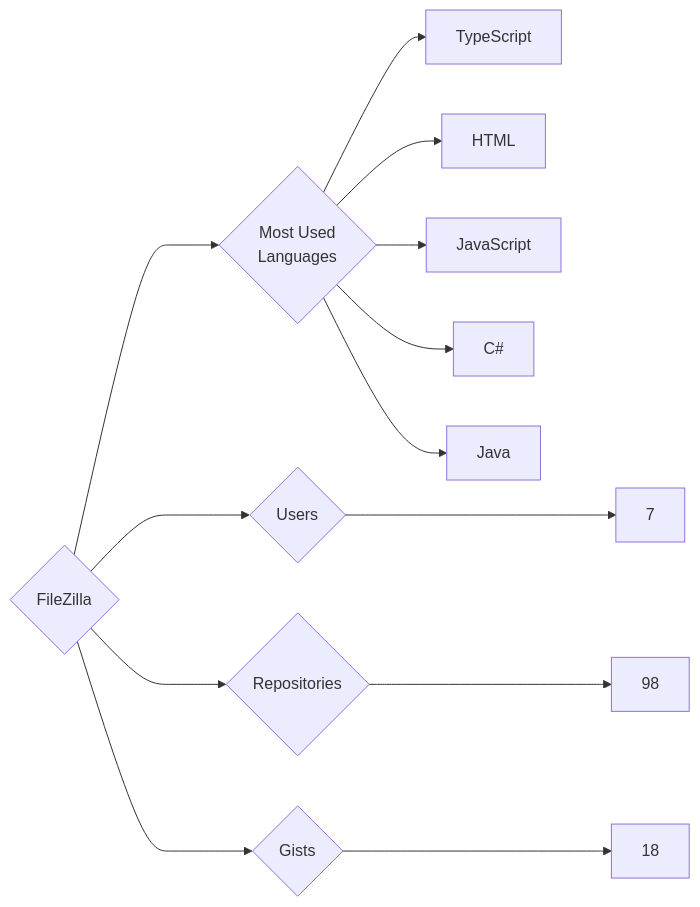
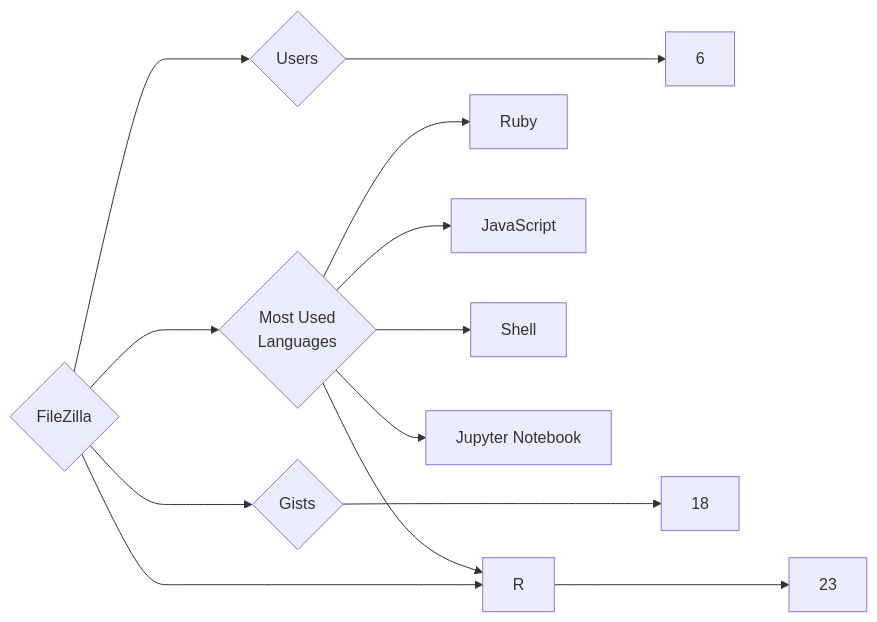
Before and after one commit to trickest/insiders: the diagram in targets/FileZilla/README.md, drawn with Mermaid. The commit also changed 997 other files, not shown here.

````diff
--- a/targets/FileZilla/README.md
+++ b/targets/FileZilla/README.md
@@ -3,13 +3,13 @@
 ```mermaid
 graph LR
 COMPANY_NAME{FileZilla}
-COMPANY_NAME ---> U{Users} ---> UN[7]
-COMPANY_NAME ---> R{Repositories} ---> RN[98]
+COMPANY_NAME ---> U{Users} ---> UN[6]
+COMPANY_NAME ---> R{Repositories} ---> RN[23]
 COMPANY_NAME ---> G{Gists} ---> GN[18]
 COMPANY_NAME ---> ML{Most Used<br>Languages}
-ML --> TypeScript[TypeScript]
-ML --> HTML[HTML]
+ML --> Ruby[Ruby]
 ML --> JavaScript[JavaScript]
-ML --> C#[C#]
-ML --> Java[Java]
+ML --> Shell[Shell]
+ML --> R[R]
+ML --> Jupyter_Notebook[Jupyter Notebook]
 ```
````
